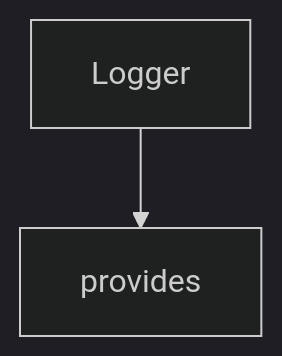
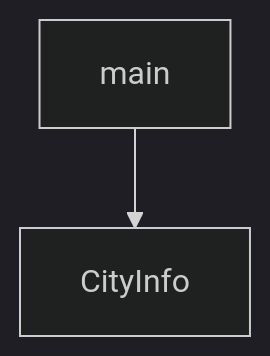
The diagram in tutorials/mcp-use-tutorial/07-security-runtime-controls-and-production-hardening.md (johnxie/awesome-code-docs), drawn with Mermaid (dark theme) before and after one commit. The commit also changed other lines of this file and 1232 other files, not shown here.

````diff
--- a/tutorials/mcp-use-tutorial/07-security-runtime-controls-and-production-hardening.md
+++ b/tutorials/mcp-use-tutorial/07-security-runtime-controls-and-production-hardening.md
@@ -132,6 +131,6 @@
 ```mermaid
 flowchart TD
-    A[Logger]
-    B[provides]
+    A[main]
+    B[CityInfo]
     A --> B
 ```
````
